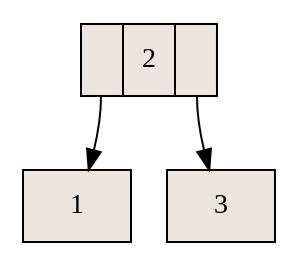
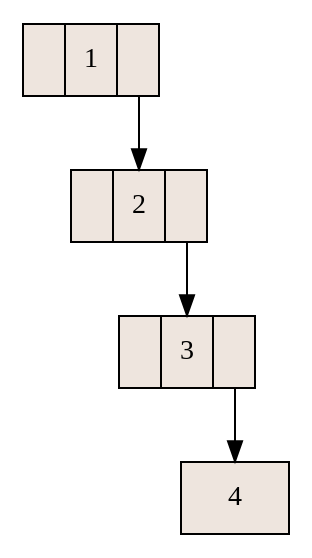
One commit to antonybotello/Estructuras-de-Datos changed the diagram in 12-JUL/avl_paez/aux_grafico.dot. Above: the diagram before and after it, drawn with Graphviz. The commit also changed 7 other files, not shown here.

```diff
--- a/12-JUL/avl_paez/aux_grafico.dot
+++ b/12-JUL/avl_paez/aux_grafico.dot
@@ -1,9 +1,11 @@
 digraph grafica {
 rankdir=TB;
 node [shape = record, style=filled, fillcolor=seashell2];
+nodo1 [label ="<C0>|1|<C1>"];
 nodo2 [label ="<C0>|2|<C1>"];
-nodo1 [label ="1"];
-nodo2:C0->nodo1;
-nodo3 [label ="3"];
+nodo3 [label ="<C0>|3|<C1>"];
+nodo4 [label ="4"];
+nodo3:C1->nodo4;
 nodo2:C1->nodo3;
+nodo1:C1->nodo2;
 }
```
